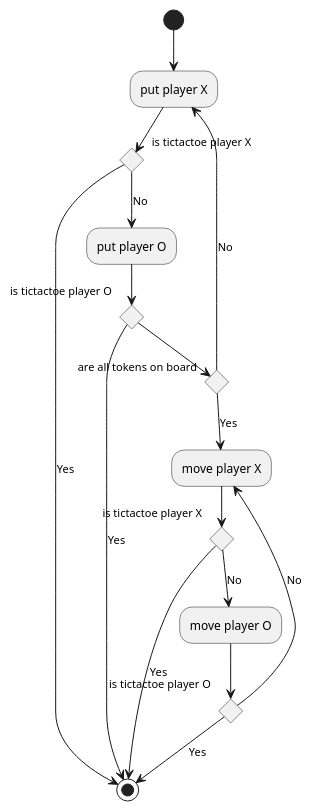
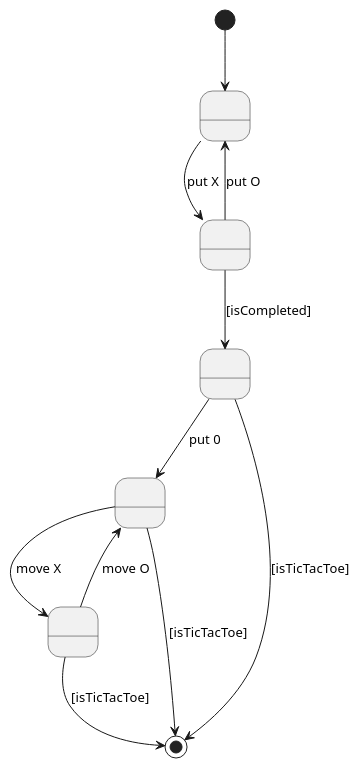
The fourth of 4 diagrams in src/docs/asciidoc/index.adoc (x-USantaTecla-game-ticTacToe/requirements), drawn with PlantUML before and after one commit. The commit also changed other lines of this file and 6 other files, not shown here.

```diff
--- a/src/docs/asciidoc/index.adoc
+++ b/src/docs/asciidoc/index.adoc
@@ -281,31 +281,19 @@
 [plantuml,instructions,svg]
 ....
 
-@startuml
-(*)  --> "put player X"
-If "is tictactoe player X" then
---> [Yes] (*)
-else
---> [No] "put player O"
- If "is tictactoe player O" then
- --> [Yes] (*)
- else
-  If "are all tokens on board" then
---> [Yes] "move player X"
-  If "is tictactoe player X" then
---> [Yes] (*)
-else
---> [No] "move player O"
- If "is tictactoe player O" then
- --> [Yes] (*)
- else
-  --> [No] "move player X"
- Endif
-Endif
-  else
-  --> [No] "put player X"
-  Endif
- Endif
-Endif
-@enduml
+state A as " "
+state B as " "
+state C as " "
+state D as " "
+state E as " "
+[*] --> A
+A --> B: put X
+B --> A : put O
+B --> C : [isCompleted]
+C --> D : put 0
+C --> [*] : [isTicTacToe]
+D --> E : move X
+E --> D : move O
+D --> [*] : [isTicTacToe]
+E --> [*] : [isTicTacToe]
 ....
```
